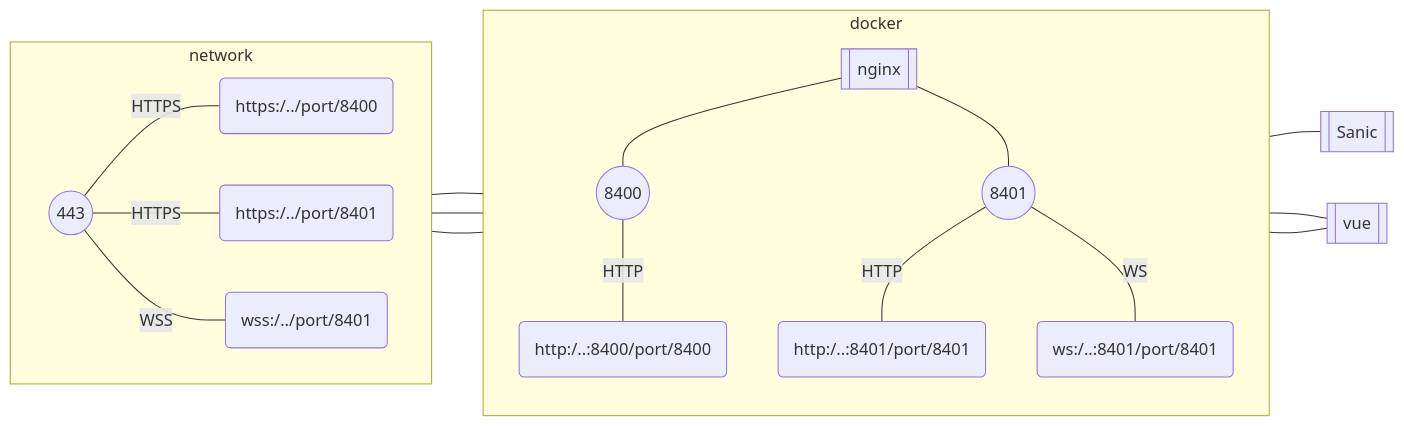
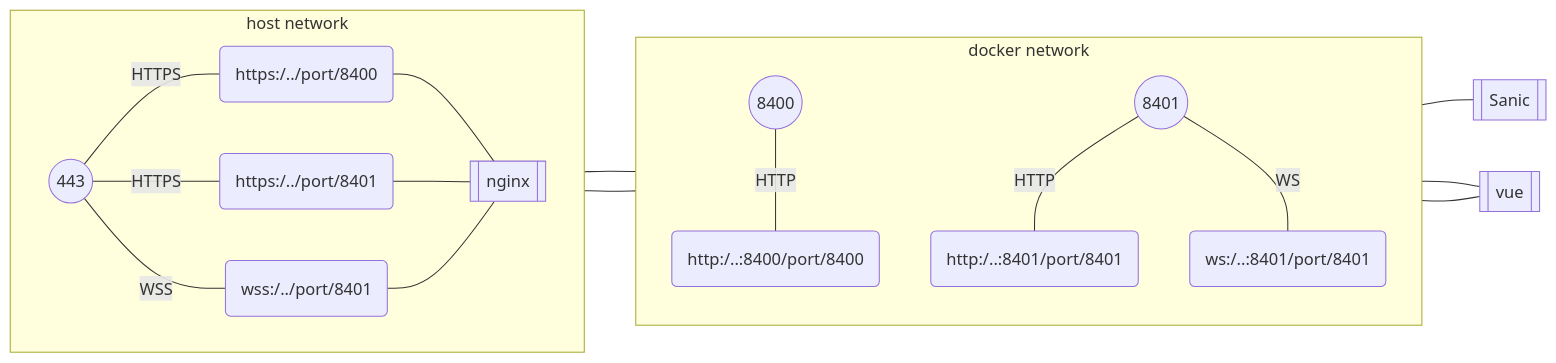
Before and after one commit to smucclaw/gsheet: the third of 5 diagrams in natural4-server/natural4_server/nginx-proxy.md, drawn with Mermaid.

Commit message:
Push nginx to host network

````diff
--- a/natural4-server/natural4_server/nginx-proxy.md
+++ b/natural4-server/natural4_server/nginx-proxy.md
@@ -64,28 +64,28 @@
 ```mermaid
 flowchart LR
-    subgraph network
+    subgraph host [host network]
         direction LR
         network_tls((  ))-- HTTPS ---network_https_8400(https:/../port/8400)
         network_tls((  ))-- HTTPS ---network_https_8401(https:/../port/8401)
         network_tls(( 443 ))-- WSS ---network_wss_8401(wss:/../port/8401)
+        nginx[[nginx]]
     end
 
-    subgraph docker
+    subgraph docker [docker network]
         direction TB
-        nginx[[nginx]]
         network_https_8400 --- nginx
         network_https_8401 --- nginx
         network_wss_8401 --- nginx
 
         loop_8400_port(( 8400 ))-- HTTP ---loop_http_8400(http:/..:8400/port/8400)
         loop_8401_port(( 8401 ))-- HTTP ---loop_http_8401(http:/..:8401/port/8401)
         loop_8401_port(( 8401 ))-- WS ---loop_ws_8401(ws:/..:8401/port/8401)
     end
 
     loop_http_8400---sanic[[ Sanic ]]
     loop_http_8401---vue[[ vue ]]
     loop_ws_8401---vue
     nginx---loop_8400_port
     nginx---loop_8401_port
  
 ```
````
